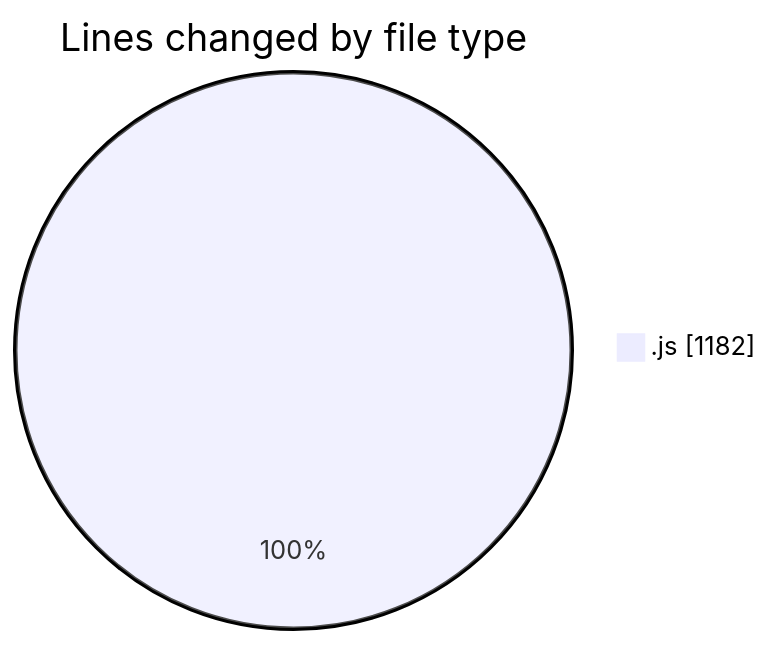
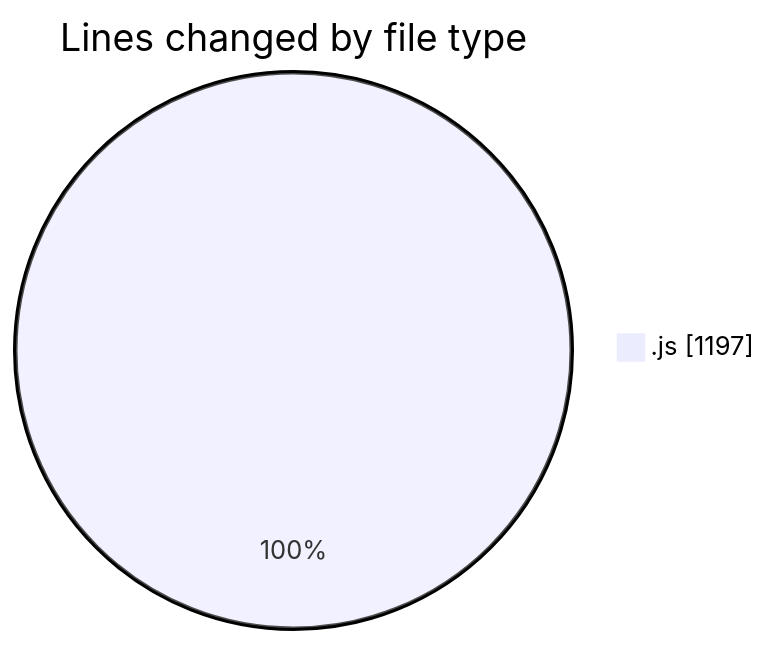
The first of 2 diagrams in 2025-04-03/jsvms/README.md (BS-eng2023/code-tracking), drawn with Mermaid before and after one commit. The commit also changed other lines of this file and 1 other file, not shown here.

````diff
--- a/2025-04-03/jsvms/README.md
+++ b/2025-04-03/jsvms/README.md
@@ -29,5 +29,5 @@
 ```mermaid
 pie showData
 title Lines changed by file type
-".js" : 1182
+".js" : 1197
 ```
````
